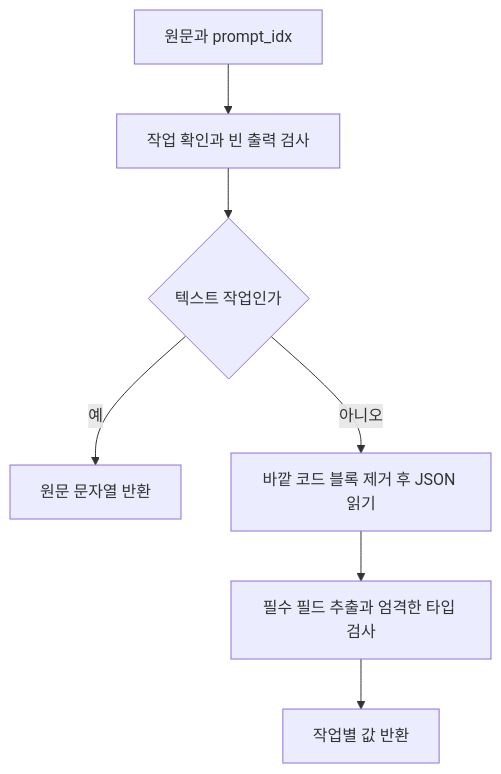
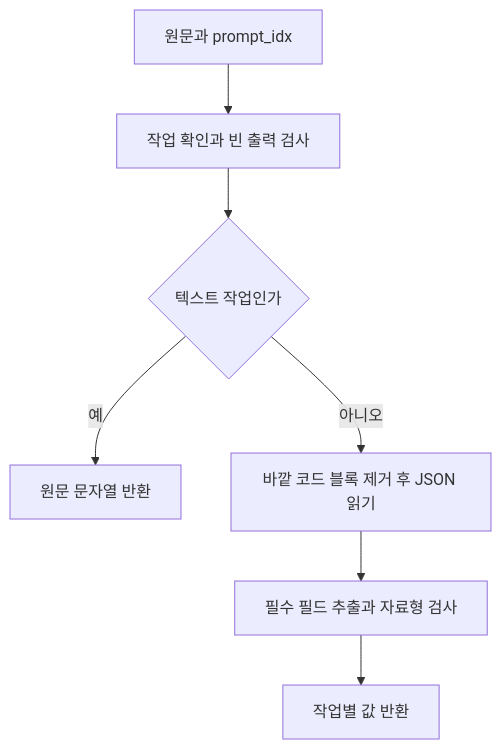
One commit to Inha-zero-two/private-llm-pipeline changed the diagram in docs/local-res-parser.md. Above: the diagram before and after it, drawn with Mermaid. The commit also changed other lines of this file and 10 other files, not shown here.

````diff
--- a/docs/local-res-parser.md
+++ b/docs/local-res-parser.md
@@ -9,9 +9,9 @@
 ```mermaid
 flowchart TD
     A["원문과 prompt_idx"] --> B["작업 확인과 빈 출력 검사"]
     B --> C{"텍스트 작업인가"}
     C -->|예| D["원문 문자열 반환"]
     C -->|아니오| E["바깥 코드 블록 제거 후 JSON 읽기"]
-    E --> F["필수 필드 추출과 엄격한 타입 검사"]
+    E --> F["필수 필드 추출과 자료형 검사"]
     F --> G["작업별 값 반환"]
 ```
````
